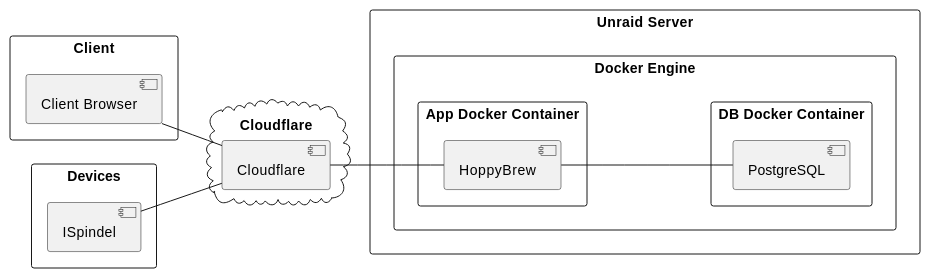
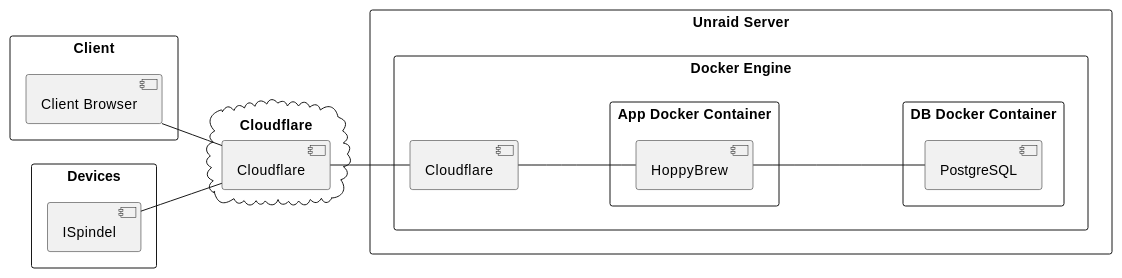
The fifth of 5 diagrams in documents/01-Conception-Phase/00-HoppyBrew.md (asbor/iu-project-software-engineering), drawn with PlantUML before and after one commit. The commit also changed 3 other files, not shown here.

```diff
--- a/documents/01-Conception-Phase/00-HoppyBrew.md
+++ b/documents/01-Conception-Phase/00-HoppyBrew.md
@@ -565,34 +565,37 @@
 @startuml 05-black-box-overall-system
 
 left to right direction
 
 rectangle "Client" {
     component "Client Browser" as client_browser
 }
 
 rectangle "Devices" {
     component "ISpindel" as iSpindel
 }
 
 cloud "Cloudflare" {
     component "Cloudflare" as cloudflare
 }
 rectangle "Unraid Server" {
     rectangle "Docker Engine" {
+        component "Cloudflare" as cloudflareTunnel
+
         rectangle "App Docker Container" {
             component "HoppyBrew" as hoppybrew
         }
 
         rectangle "DB Docker Container" {
             component "PostgreSQL" as postgres
         }
     }
 }
 
 
 client_browser -- cloudflare
 iSpindel -- cloudflare
-cloudflare -- hoppybrew
+cloudflare -- cloudflareTunnel
+cloudflareTunnel -- hoppybrew
 hoppybrew -- postgres
 
 @enduml
```
